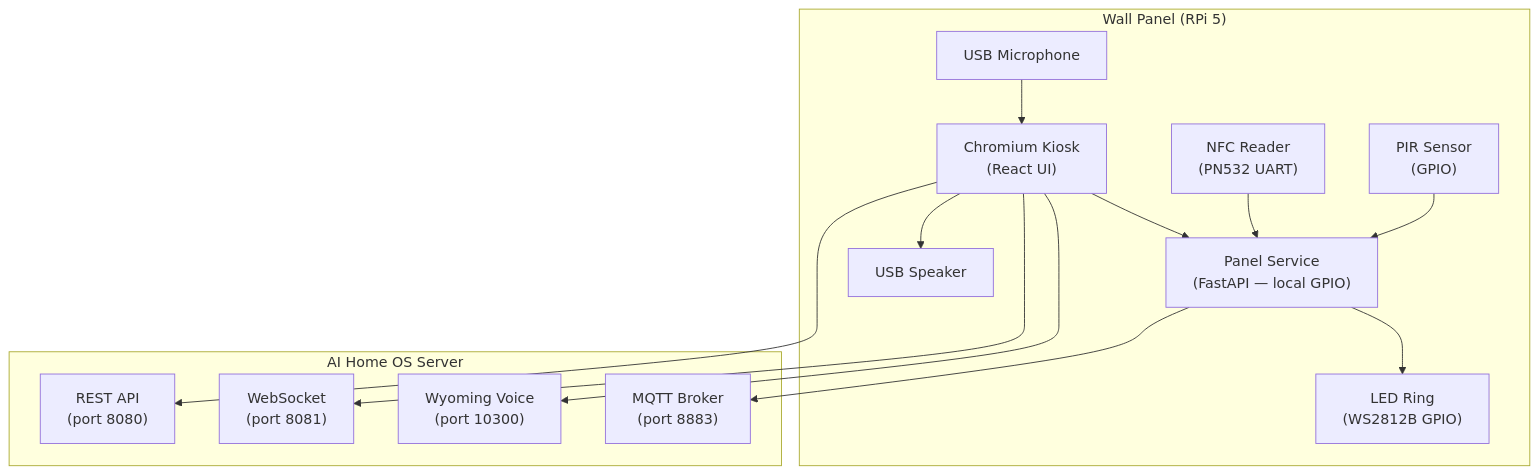
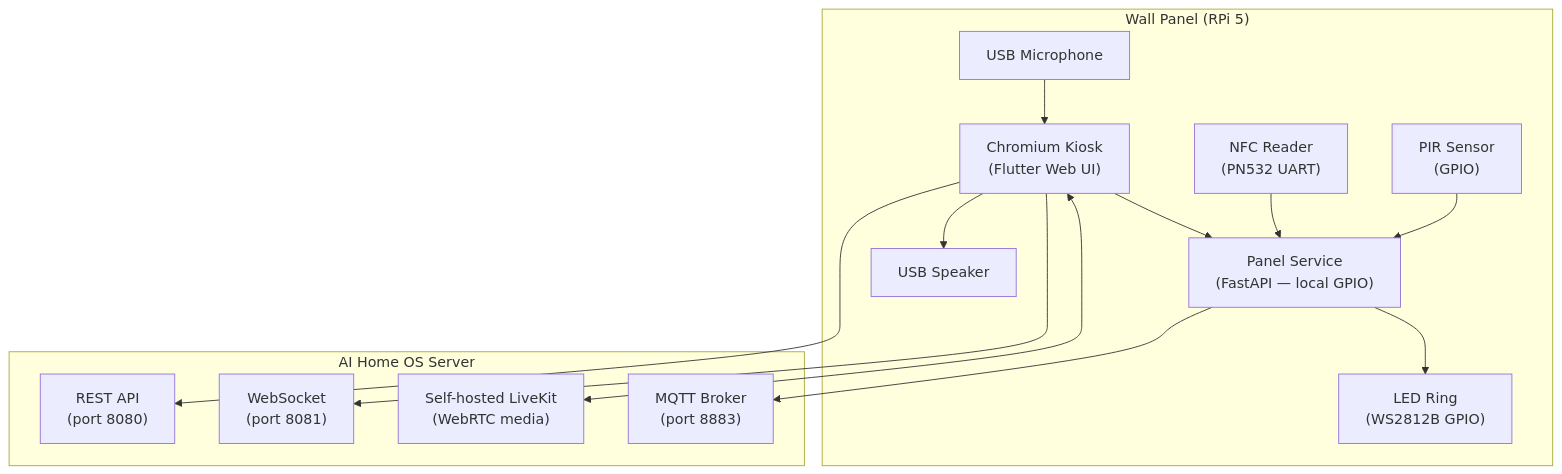
Before and after one commit to donzeg/AI-Home-OS: the diagram in docs/Chapter-14-Wall-Panels.md, drawn with Mermaid. The commit also changed other lines of this file and 21 other files, not shown here.

````diff
--- a/docs/Chapter-14-Wall-Panels.md
+++ b/docs/Chapter-14-Wall-Panels.md
@@ -279,32 +283,32 @@
 ```mermaid
 flowchart TD
     subgraph PANEL["Wall Panel (RPi 5)"]
-        BROWSER["Chromium Kiosk\n(React UI)"]
+        BROWSER["Chromium Kiosk\n(Flutter Web UI)"]
         PANEL_SVC["Panel Service\n(FastAPI — local GPIO)"]
         PIR["PIR Sensor\n(GPIO)"]
         NFC_HW["NFC Reader\n(PN532 UART)"]
         LED_HW["LED Ring\n(WS2812B GPIO)"]
         MIC["USB Microphone"]
         SPEAKER["USB Speaker"]
     end
 
     subgraph BACKEND["AI Home OS Server"]
         API["REST API\n(port 8080)"]
         WS["WebSocket\n(port 8081)"]
-        WYOMING["Wyoming Voice\n(port 10300)"]
+        LIVEKIT["Self-hosted LiveKit\n(WebRTC media)"]
         MQTT_BROKER["MQTT Broker\n(port 8883)"]
     end
 
     PIR --> PANEL_SVC
     NFC_HW --> PANEL_SVC
     PANEL_SVC --> LED_HW
 
     PANEL_SVC --> MQTT_BROKER
 
     BROWSER --> API
     BROWSER --> WS
     MIC --> BROWSER
     BROWSER --> SPEAKER
-    BROWSER --> WYOMING
+    BROWSER <--> LIVEKIT
     BROWSER --> PANEL_SVC
 ```
````
